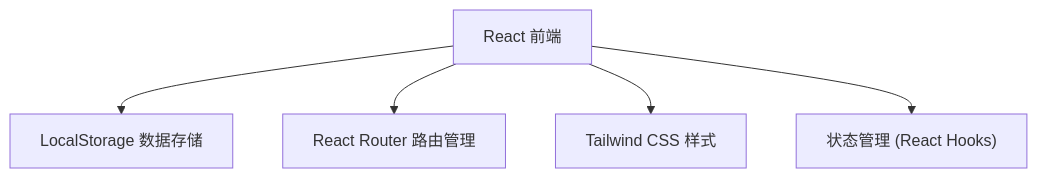
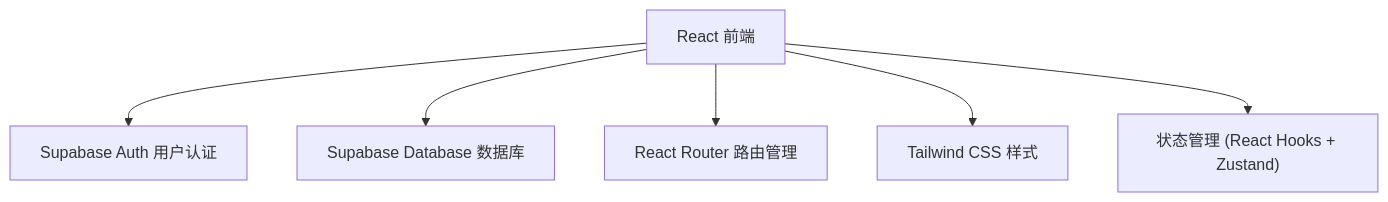
Before and after one commit to hshanghai/mhxy_order: the first of 2 diagrams in .trae/documents/arch.md, drawn with Mermaid. The commit also changed other lines of this file and 16 other files, not shown here.

````diff
--- a/.trae/documents/arch.md
+++ b/.trae/documents/arch.md
@@ -2,7 +2,8 @@
 ```mermaid
 graph TB
-    A["React 前端"] --> B["LocalStorage 数据存储"]
-    A --> C["React Router 路由管理"]
-    A --> D["Tailwind CSS 样式"]
-    A --> E["状态管理 (React Hooks)"]
+    A["React 前端"] --> B["Supabase Auth 用户认证"]
+    A --> C["Supabase Database 数据库"]
+    A --> D["React Router 路由管理"]
+    A --> E["Tailwind CSS 样式"]
+    A --> F["状态管理 (React Hooks + Zustand)"]
 ```
````
